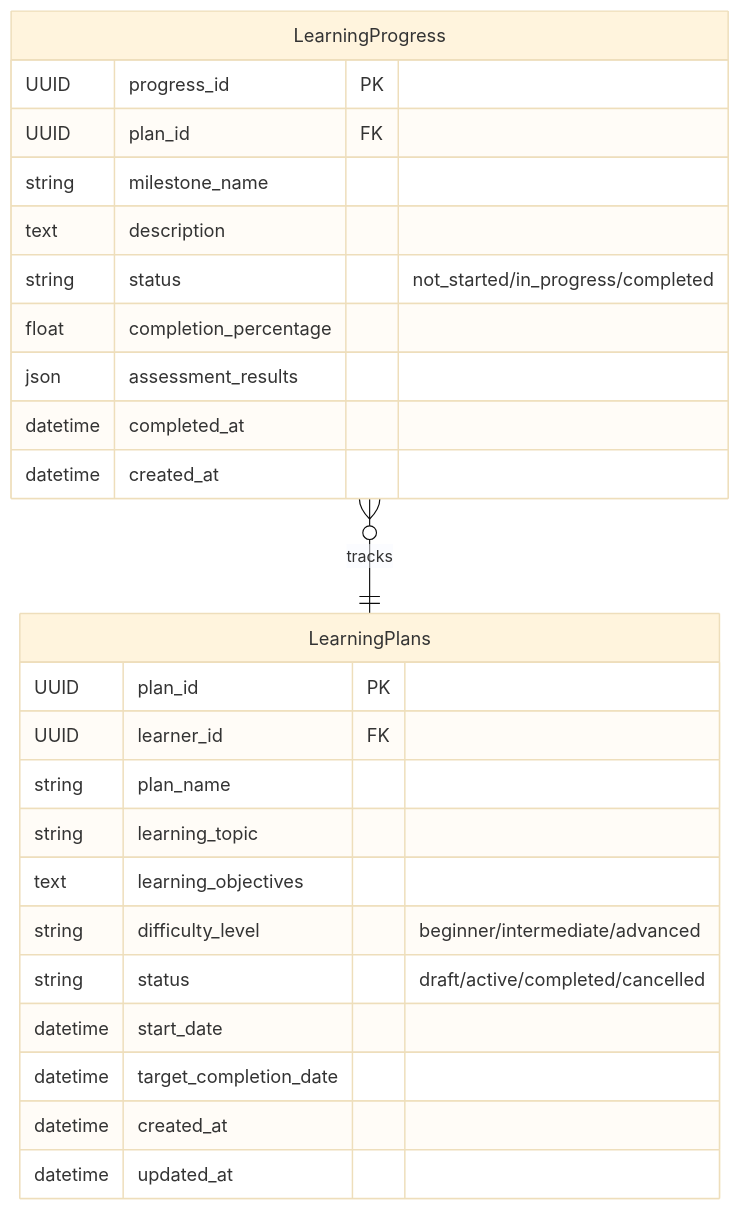
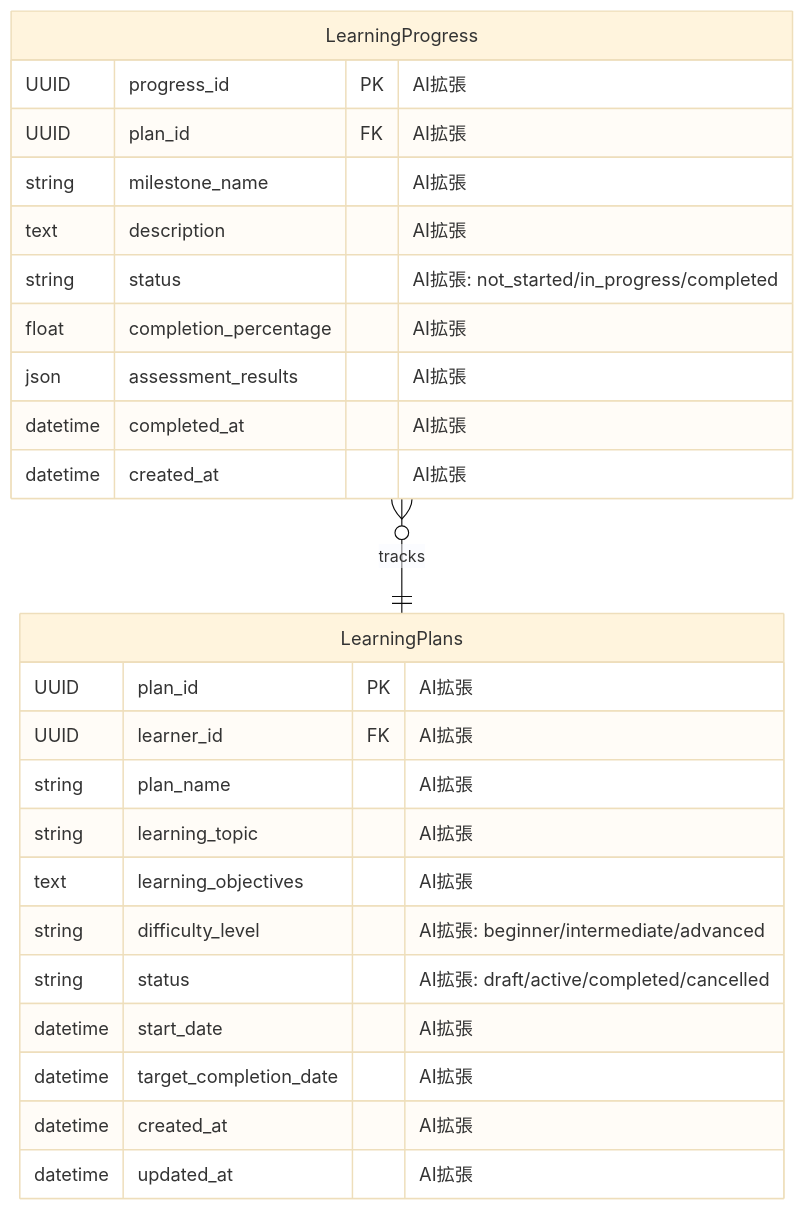
Before and after one commit to daichiTAAA/AgentOpsPlatform: diagram 13 of 16 in docs/030000_設計/035000_データ設計/035010_ER図.md, drawn with Mermaid (base theme). The commit also changed other lines of this file, not shown here.

````diff
--- a/docs/030000_設計/035000_データ設計/035010_ER図.md
+++ b/docs/030000_設計/035000_データ設計/035010_ER図.md
@@ -741,31 +892,31 @@
 ```mermaid
 erDiagram
     LearningProgress {
-        UUID progress_id PK
-        UUID plan_id FK
-        string milestone_name
-        text description
-        string status "not_started/in_progress/completed"
-        float completion_percentage
-        json assessment_results
-        datetime completed_at
-        datetime created_at
+        UUID progress_id PK "AI拡張"
+        UUID plan_id FK "AI拡張"
+        string milestone_name "AI拡張"
+        text description "AI拡張"
+        string status "AI拡張: not_started/in_progress/completed"
+        float completion_percentage "AI拡張"
+        json assessment_results "AI拡張"
+        datetime completed_at "AI拡張"
+        datetime created_at "AI拡張"
     }
-    
+
     LearningPlans {
-        UUID plan_id PK
-        UUID learner_id FK
-        string plan_name
-        string learning_topic
-        text learning_objectives
-        string difficulty_level "beginner/intermediate/advanced"
-        string status "draft/active/completed/cancelled"
-        datetime start_date
-        datetime target_completion_date
-        datetime created_at
-        datetime updated_at
+        UUID plan_id PK "AI拡張"
+        UUID learner_id FK "AI拡張"
+        string plan_name "AI拡張"
+        string learning_topic "AI拡張"
+        text learning_objectives "AI拡張"
+        string difficulty_level "AI拡張: beginner/intermediate/advanced"
+        string status "AI拡張: draft/active/completed/cancelled"
+        datetime start_date "AI拡張"
+        datetime target_completion_date "AI拡張"
+        datetime created_at "AI拡張"
+        datetime updated_at "AI拡張"
     }
     
 
     LearningProgress }o--|| LearningPlans : tracks
 ```
````
